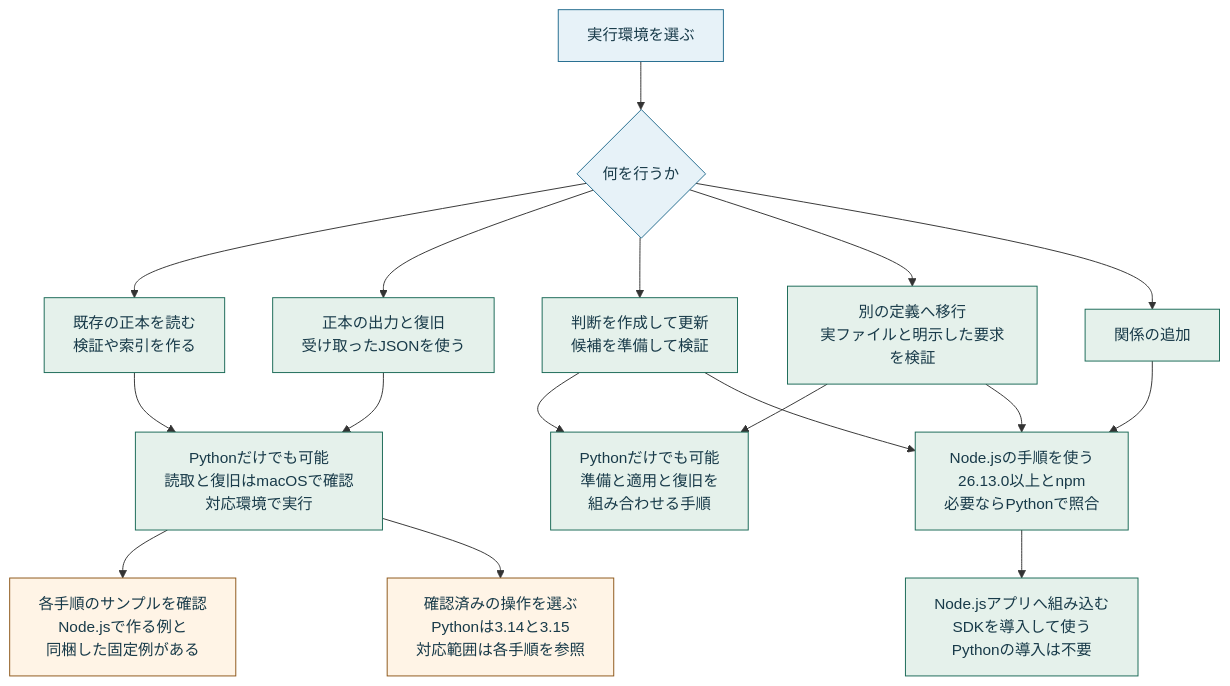
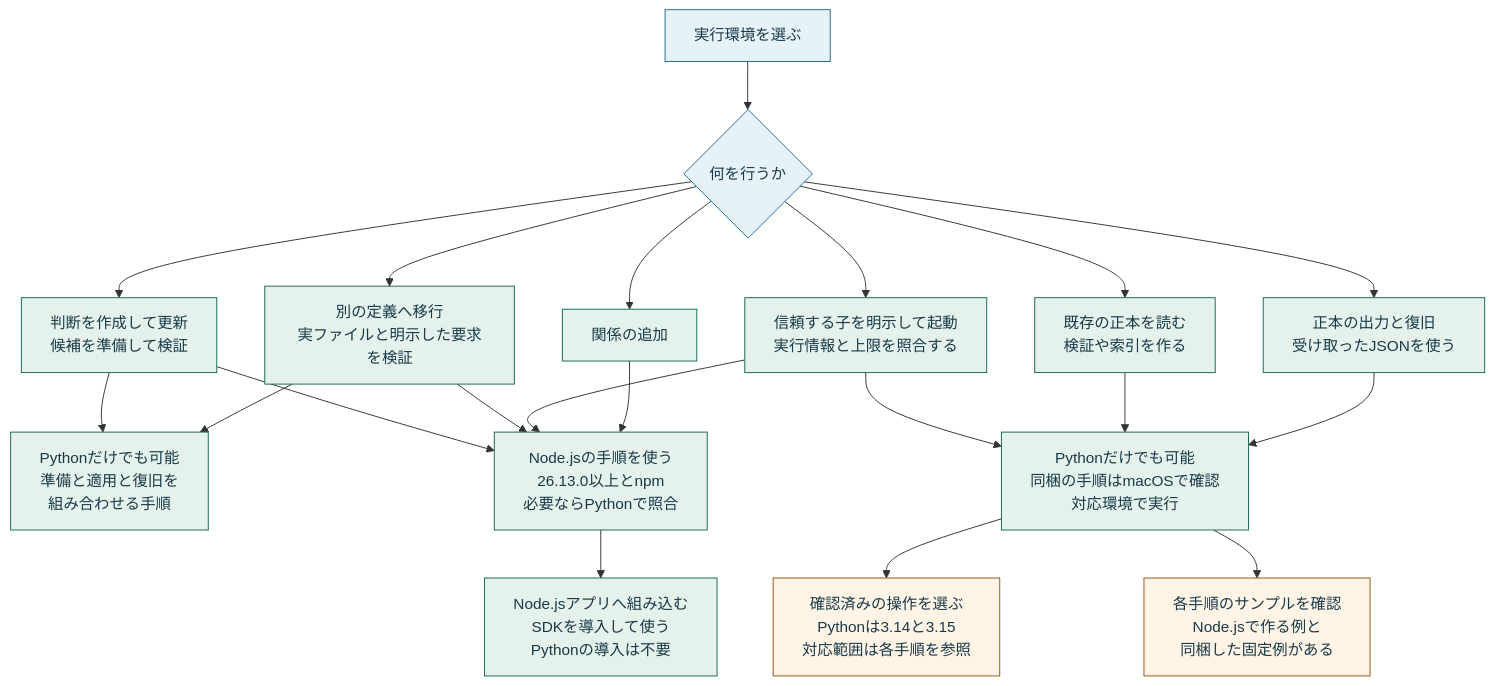
One commit to koukemo/morivyx changed the diagram in docs/diagrams/runtime-choice.mmd. Above: the diagram before and after it, drawn with Mermaid. The commit also changed 12 other files, not shown here.

```diff
--- a/docs/diagrams/runtime-choice.mmd
+++ b/docs/diagrams/runtime-choice.mmd
@@ -1,23 +1,26 @@
 flowchart TB
   A["実行環境を選ぶ"] --> B{"何を行うか"}
   B --> C["既存の正本を読む<br/>検証や索引を作る"]
   B --> D["正本の出力と復旧<br/>受け取ったJSONを使う"]
   B --> K["判断を作成して更新<br/>候補を準備して検証"]
   K --> L["Pythonだけでも可能<br/>準備と適用と復旧を<br/>組み合わせる手順"]
   K --> G
   B --> M["別の定義へ移行<br/>実ファイルと明示した要求を検証"]
   M --> L
   M --> G
   B --> E["関係の追加"]
-  C --> F["Pythonだけでも可能<br/>読取と復旧はmacOSで確認<br/>対応環境で実行"]
+  B --> N["信頼する子を明示して起動<br/>実行情報と上限を照合する"]
+  N --> F
+  N --> G
+  C --> F["Pythonだけでも可能<br/>同梱の手順はmacOSで確認<br/>対応環境で実行"]
   D --> F
   E --> G["Node.jsの手順を使う<br/>26.13.0以上とnpm<br/>必要ならPythonで照合"]
   F --> H["各手順のサンプルを確認<br/>Node.jsで作る例と<br/>同梱した固定例がある"]
   G --> I["Node.jsアプリへ組み込む<br/>SDKを導入して使う<br/>Pythonの導入は不要"]
   F --> J["確認済みの操作を選ぶ<br/>Pythonは3.14と3.15<br/>対応範囲は各手順を参照"]
   classDef route fill:#e7f2f8,stroke:#236b8e,color:#183a49
   classDef action fill:#e5f1eb,stroke:#196956,color:#183a49
   classDef scope fill:#fff4e6,stroke:#8d5618,color:#183a49
   class A,B route
-  class C,D,E,F,G,I,K,L,M action
+  class C,D,E,F,G,I,K,L,M,N action
   class H,J scope
```
